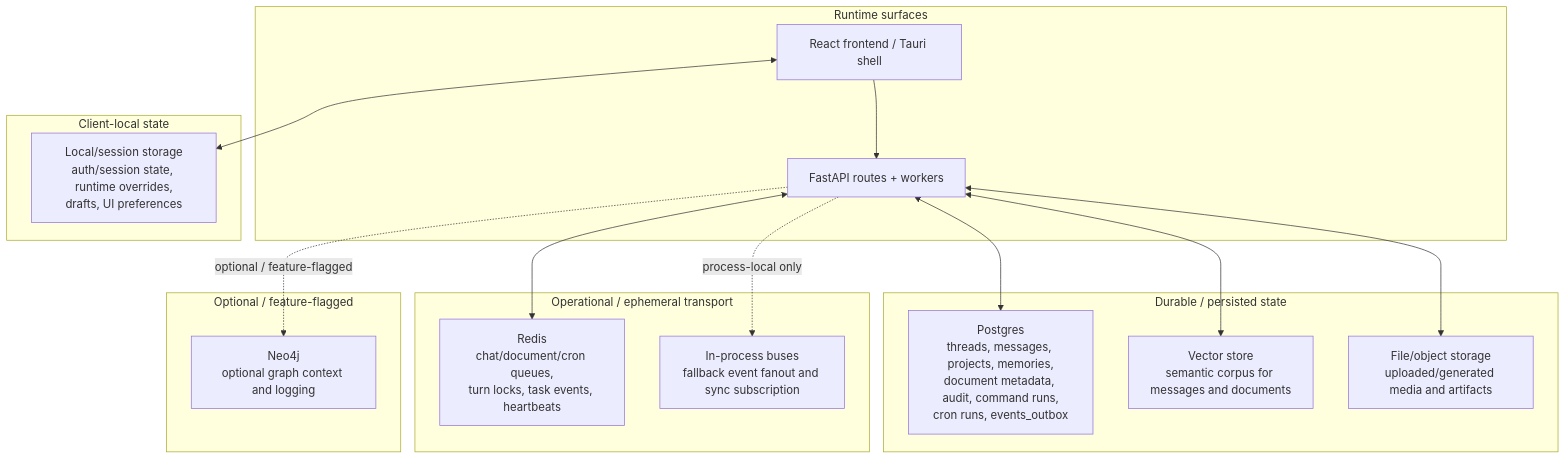
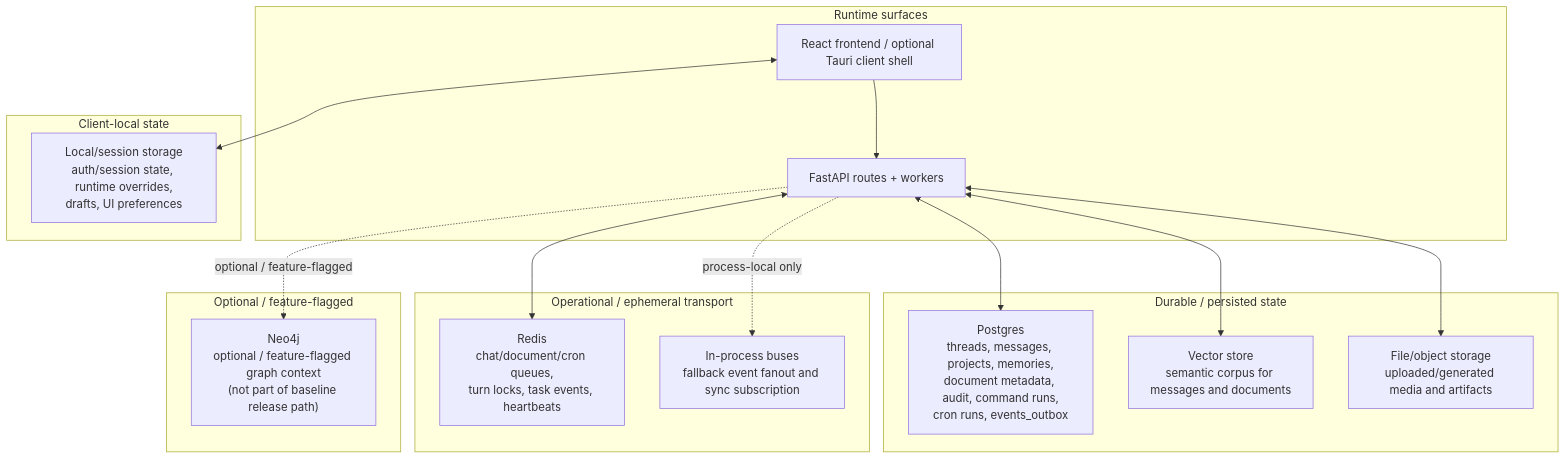
One commit to Resonant-Jones/Codexify changed the third of 4 diagrams in docs/architecture/runtime-diagrams-v1.md. Above: the diagram before and after it, drawn with Mermaid. The commit also changed other lines of this file and 1 other file, not shown here.

Commit message:
Harden runtime diagrams with evidence notes

````diff
--- a/docs/architecture/runtime-diagrams-v1.md
+++ b/docs/architecture/runtime-diagrams-v1.md
@@ -137,35 +159,35 @@
 ```mermaid
 flowchart TB
     subgraph runtime["Runtime surfaces"]
-        frontend["React frontend / Tauri shell"]
+        frontend["React frontend / optional Tauri client shell"]
         backend["FastAPI routes + workers"]
     end
 
     subgraph durable["Durable / persisted state"]
         postgres["Postgres<br/>threads, messages, projects, memories,<br/>document metadata, audit, command runs,<br/>cron runs, events_outbox"]
         vector["Vector store<br/>semantic corpus for messages and documents"]
         media["File/object storage<br/>uploaded/generated media and artifacts"]
     end
 
     subgraph operational["Operational / ephemeral transport"]
         redis["Redis<br/>chat/document/cron queues,<br/>turn locks, task events, heartbeats"]
         buses["In-process buses<br/>fallback event fanout and sync subscription"]
     end
 
     subgraph client_local["Client-local state"]
         browser_state["Local/session storage<br/>auth/session state, runtime overrides,<br/>drafts, UI preferences"]
     end
 
     subgraph optional["Optional / feature-flagged"]
-        neo4j["Neo4j<br/>optional graph context and logging"]
+        neo4j["Neo4j<br/>optional / feature-flagged graph context<br/>(not part of baseline release path)"]
     end
 
     frontend <--> browser_state
     frontend --> backend
     backend <--> postgres
     backend <--> redis
     backend <--> vector
     backend <--> media
     backend -. process-local only .-> buses
     backend -. optional / feature-flagged .-> neo4j
 ```
````
